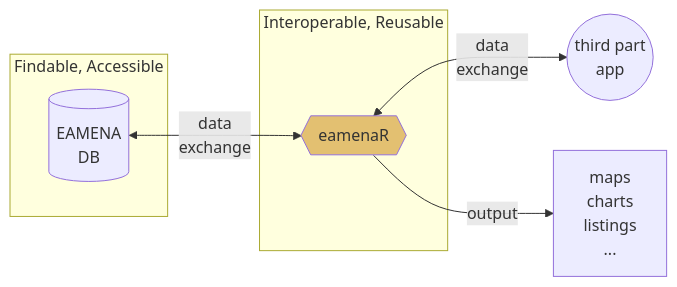
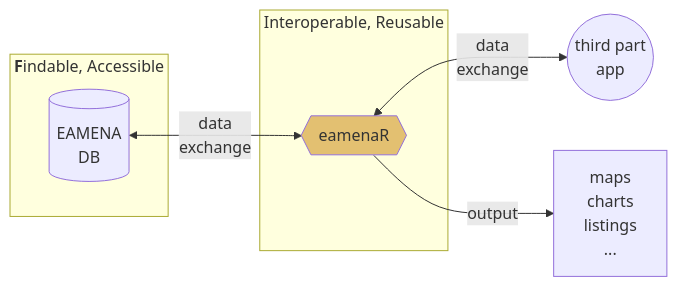
Before and after one commit to eamena-project/eamena-arches-dev: the third of 3 diagrams in temp/test-quarto-mermaids.md, drawn with Mermaid.

````diff
--- a/temp/test-quarto-mermaids.md
+++ b/temp/test-quarto-mermaids.md
@@ -20,13 +20,13 @@
 ```mermaid
 flowchart LR
-    subgraph ide1 [ Findable, Accessible ]
+    subgraph ide1 [ <b>F</b>indable, Accessible ]
     A[(EAMENA<br>DB)];
     end
     A[(EAMENA<br>DB)] <--data<br>exchange--> B{{"eamenaR"}}:::eamenaRpkg;
     subgraph ide2 [ Interoperable, Reusable ]
     B;
     end
     B <--data<br>exchange--> C((third part<br>app));
     B --"output"--> D[maps<br>charts<br>listings<br>...];
     classDef eamenaRpkg fill:#e3c071;
 ```
````
